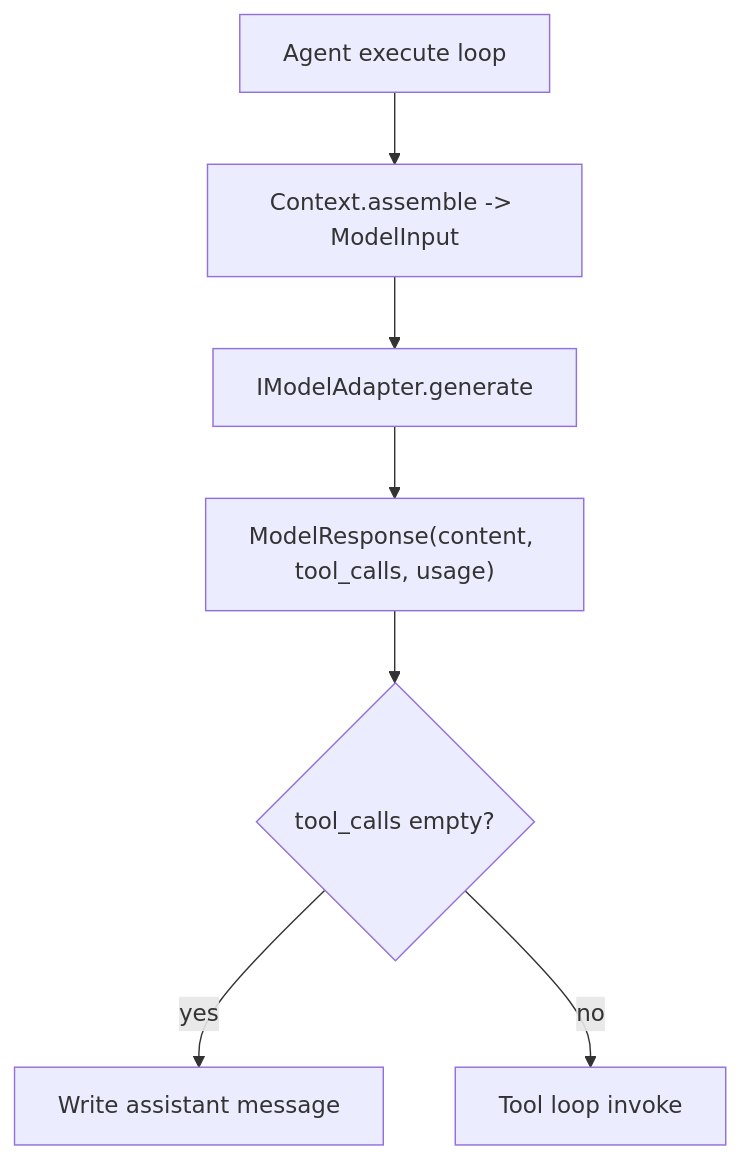
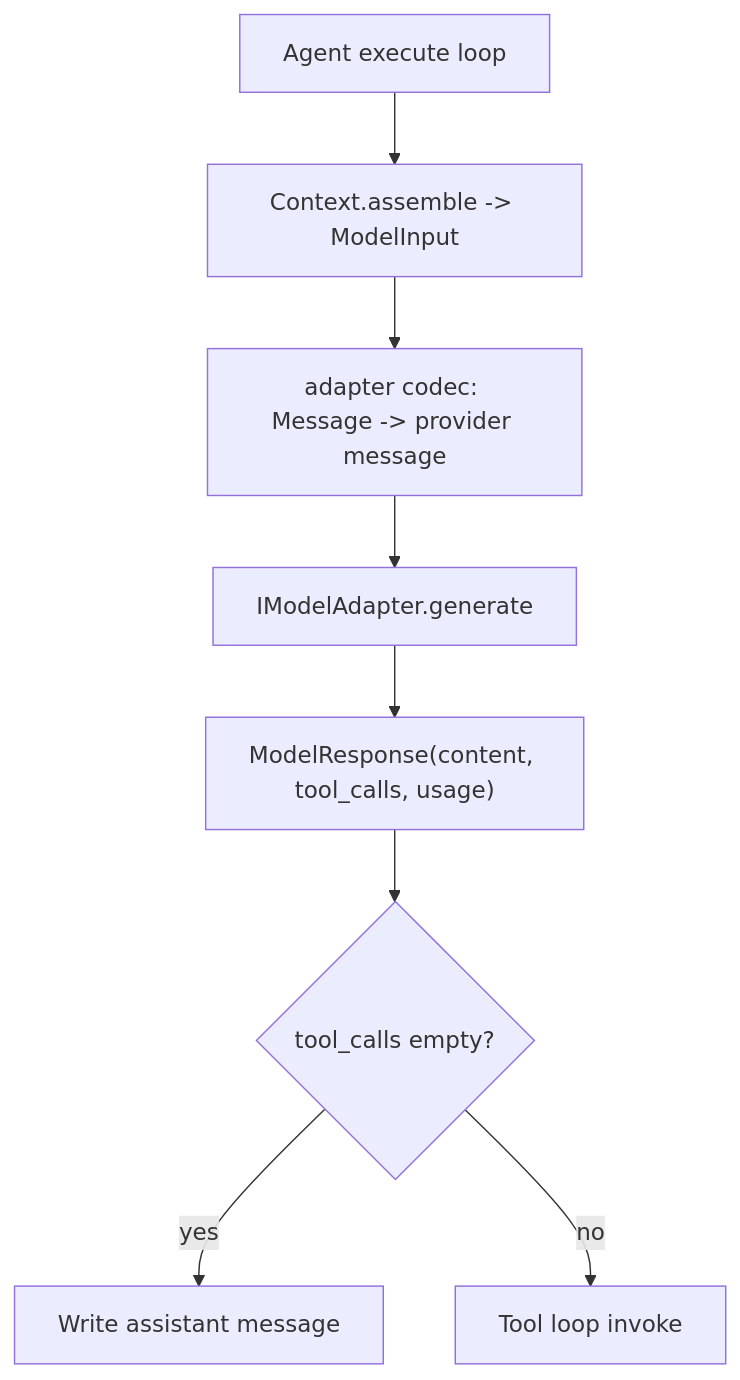
Before and after one commit to Ferris0518/Deterministic-Agent-Runtime-Engine: the diagram in docs/design/modules/model/README.md, drawn with Mermaid. The commit also changed other lines of this file and 116 other files, not shown here.

````diff
--- a/docs/design/modules/model/README.md
+++ b/docs/design/modules/model/README.md
@@ -44,9 +67,10 @@
 ```mermaid
 flowchart TD
   A["Agent execute loop"] --> B["Context.assemble -> ModelInput"]
-  B --> C["IModelAdapter.generate"]
-  C --> D["ModelResponse(content, tool_calls, usage)"]
-  D --> E{"tool_calls empty?"}
-  E -- yes --> F["Write assistant message"]
-  E -- no --> G["Tool loop invoke"]
+  B --> C["adapter codec: Message -> provider message"]
+  C --> D["IModelAdapter.generate"]
+  D --> E["ModelResponse(content, tool_calls, usage)"]
+  E --> F{"tool_calls empty?"}
+  F -- yes --> G["Write assistant message"]
+  F -- no --> H["Tool loop invoke"]
 ```
````
